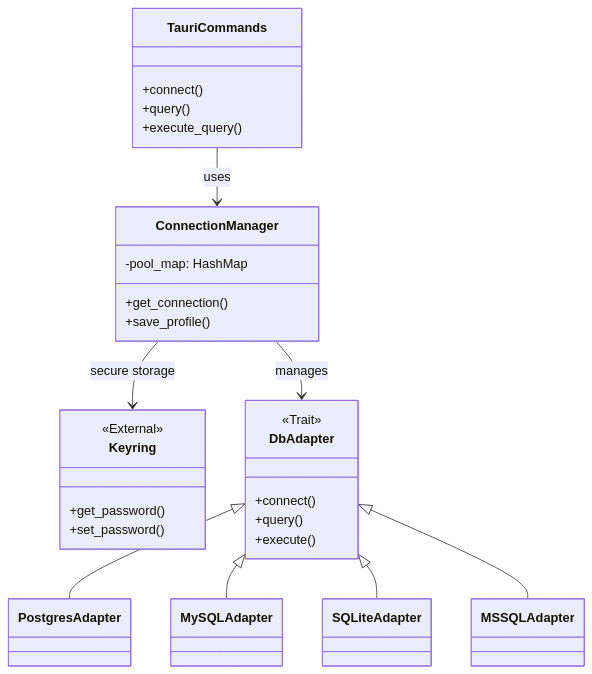
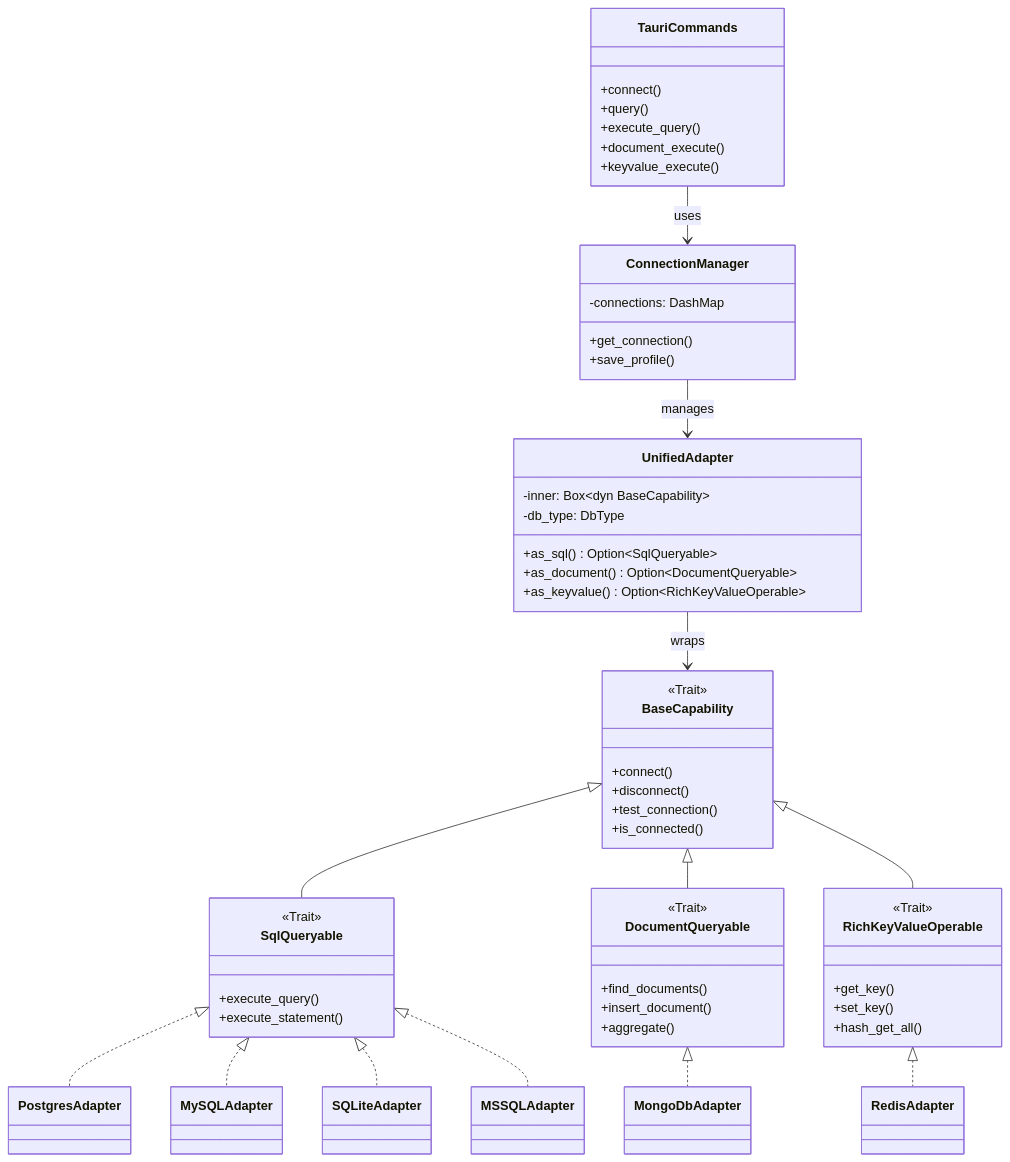
The first of 3 diagrams in docs/architecture/backend-api.md (QueryPilot/studio), drawn with Mermaid before and after one commit. The commit also changed other lines of this file and 29 other files, not shown here.

First line of the commit message:
refactor: implement unified multi-database adapter architecture

````diff
--- a/docs/architecture/backend-api.md
+++ b/docs/architecture/backend-api.md
@@ -117,40 +117,72 @@
 ```mermaid
 classDiagram
     class TauriCommands {
         +connect()
         +query()
         +execute_query()
+        +document_execute()
+        +keyvalue_execute()
     }
 
     class ConnectionManager {
-        -pool_map: HashMap
+        -connections: DashMap
         +get_connection()
         +save_profile()
     }
 
-    class Keyring {
-        <<External>>
-        +get_password()
-        +set_password()
+    class UnifiedAdapter {
+        -inner: Box~dyn BaseCapability~
+        -db_type: DbType
+        +as_sql() Option~SqlQueryable~
+        +as_document() Option~DocumentQueryable~
+        +as_keyvalue() Option~RichKeyValueOperable~
     }
 
-    class DbAdapter {
+    class BaseCapability {
         <<Trait>>
         +connect()
-        +query()
-        +execute()
+        +disconnect()
+        +test_connection()
+        +is_connected()
+    }
+
+    class SqlQueryable {
+        <<Trait>>
+        +execute_query()
+        +execute_statement()
+    }
+
+    class DocumentQueryable {
+        <<Trait>>
+        +find_documents()
+        +insert_document()
+        +aggregate()
+    }
+
+    class RichKeyValueOperable {
+        <<Trait>>
+        +get_key()
+        +set_key()
+        +hash_get_all()
     }
 
     class PostgresAdapter
     class MySQLAdapter
     class SQLiteAdapter
     class MSSQLAdapter
+    class MongoDbAdapter
+    class RedisAdapter
 
     TauriCommands --> ConnectionManager : uses
-    ConnectionManager --> Keyring : secure storage
-    ConnectionManager --> DbAdapter : manages
-    DbAdapter <|-- PostgresAdapter
-    DbAdapter <|-- MySQLAdapter
-    DbAdapter <|-- SQLiteAdapter
-    DbAdapter <|-- MSSQLAdapter
+    ConnectionManager --> UnifiedAdapter : manages
+    UnifiedAdapter --> BaseCapability : wraps
+    BaseCapability <|-- SqlQueryable
+    BaseCapability <|-- DocumentQueryable
+    BaseCapability <|-- RichKeyValueOperable
+    SqlQueryable <|.. PostgresAdapter
+    SqlQueryable <|.. MySQLAdapter
+    SqlQueryable <|.. SQLiteAdapter
+    SqlQueryable <|.. MSSQLAdapter
+    DocumentQueryable <|.. MongoDbAdapter
+    RichKeyValueOperable <|.. RedisAdapter
 ```
````
